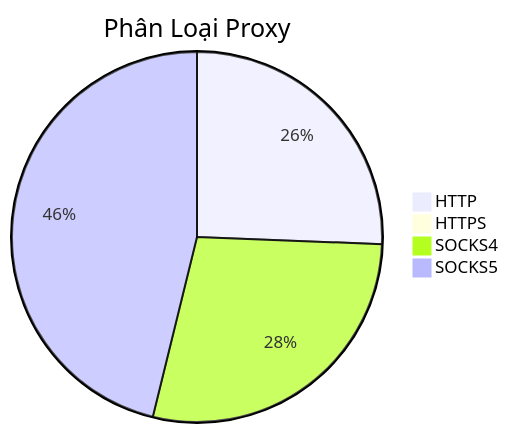
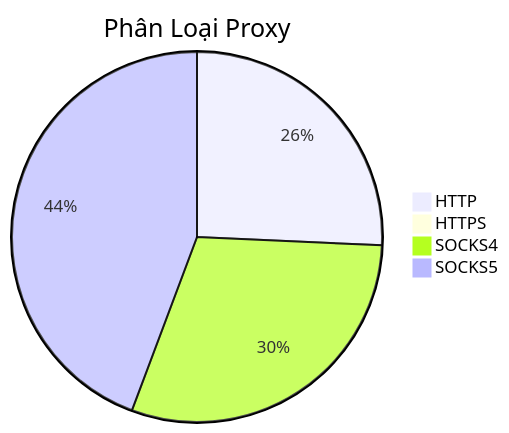
One commit to Ciara-Aa/PROXY-free changed the diagram in README.md. Above: the diagram before and after it, drawn with Mermaid. The commit also changed other lines of this file and 4 other files, not shown here.

````diff
--- a/README.md
+++ b/README.md
@@ -26,7 +26,7 @@
 ```mermaid
 pie title Phân Loại Proxy
-    "HTTP" : 217
-    "HTTPS" : 1
-    "SOCKS4" : 239
-    "SOCKS5" : 391
+    "HTTP" : 180
+    "HTTPS" : 3
+    "SOCKS4" : 210
+    "SOCKS5" : 310
 ```
````
